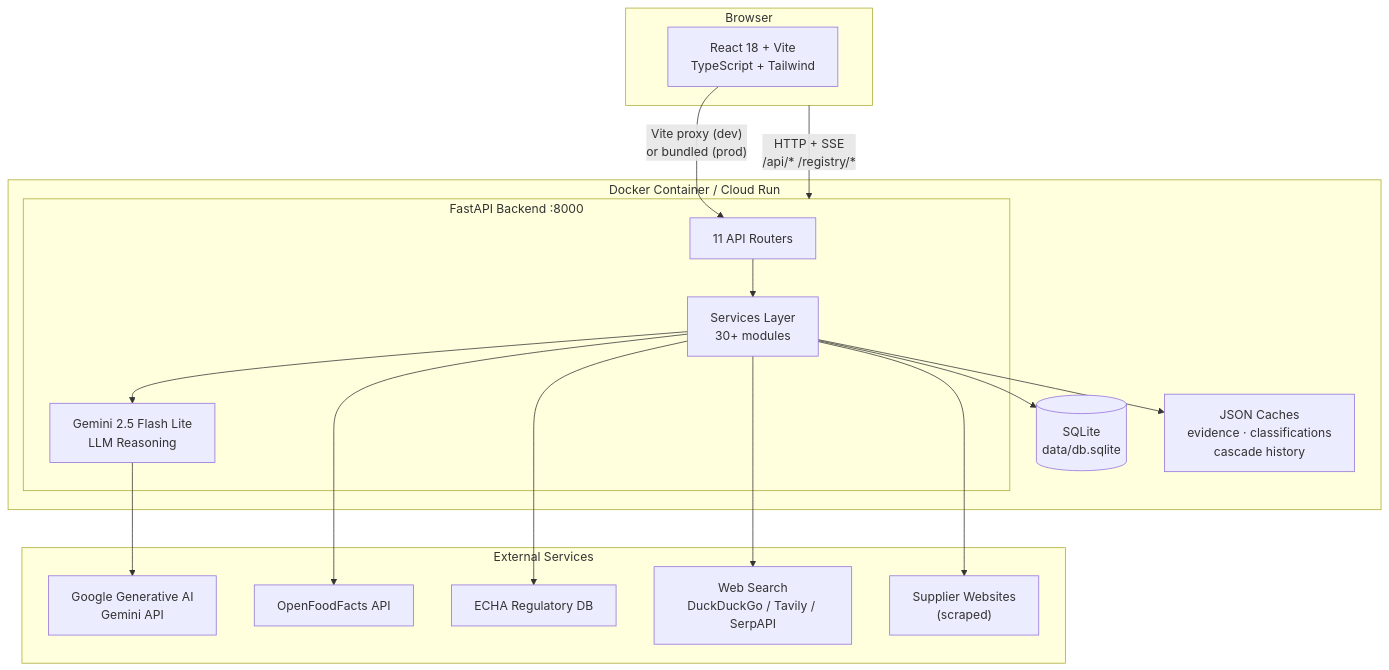
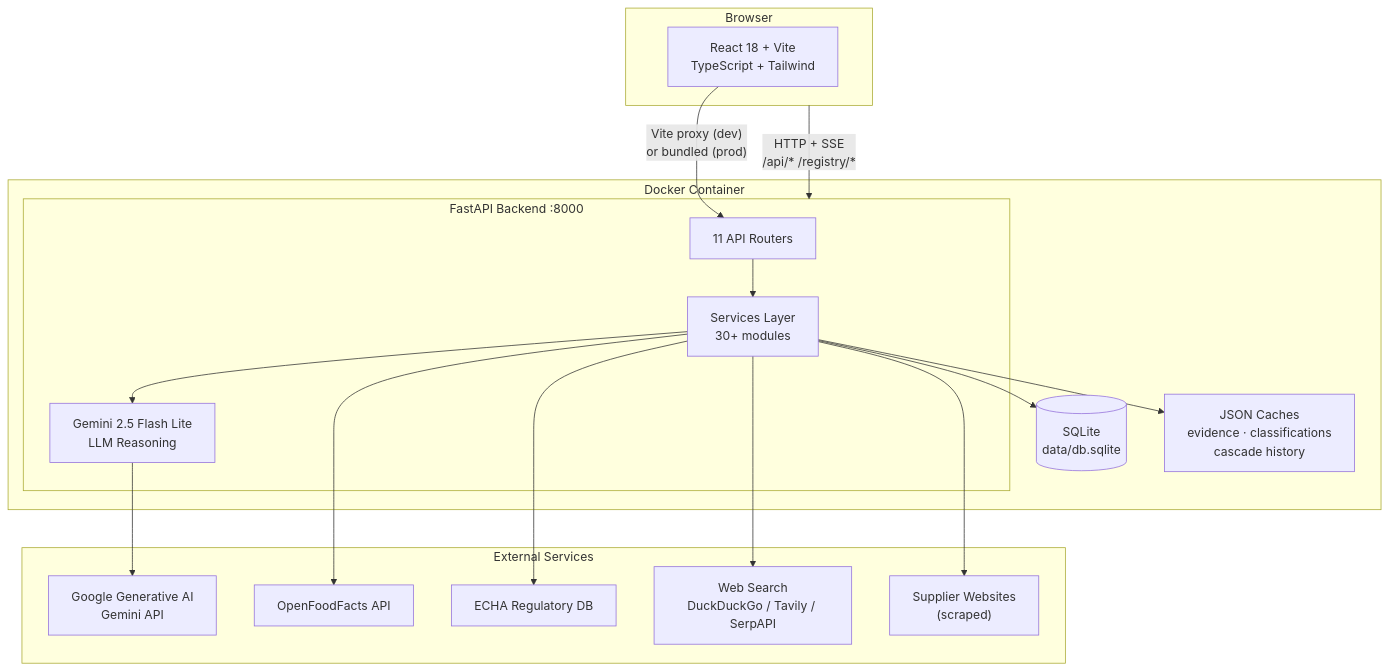
Before and after one commit to thimaianhphan/makeathon_spherecast: the diagram in README.md, drawn with Mermaid. The commit also changed other lines of this file, not shown here.

````diff
--- a/README.md
+++ b/README.md
@@ -16,36 +16,36 @@
 ```mermaid
 graph TB
     subgraph Browser["Browser"]
         FE["React 18 + Vite\nTypeScript + Tailwind"]
     end
 
-    subgraph Docker["Docker Container / Cloud Run"]
+    subgraph Docker["Docker Container"]
         subgraph Backend["FastAPI Backend :8000"]
             API["11 API Routers"]
             SVC["Services Layer\n30+ modules"]
             LLM["Gemini 2.5 Flash Lite\nLLM Reasoning"]
         end
         DB[("SQLite\ndata/db.sqlite")]
         CACHE["JSON Caches\nevidence · classifications\ncascade history"]
     end
 
     subgraph External["External Services"]
         GEMINI["Google Generative AI\nGemini API"]
         OFF["OpenFoodFacts API"]
         ECHA["ECHA Regulatory DB"]
         WEB["Web Search\nDuckDuckGo / Tavily / SerpAPI"]
         SUPPLIER["Supplier Websites\n(scraped)"]
     end
 
     Browser -- "HTTP + SSE\n/api/* /registry/*" --> Backend
     FE -- "Vite proxy (dev)\nor bundled (prod)" --> API
     API --> SVC
     SVC --> DB
     SVC --> CACHE
     SVC --> LLM
     LLM --> GEMINI
     SVC --> OFF
     SVC --> ECHA
     SVC --> WEB
     SVC --> SUPPLIER
 ```
````
